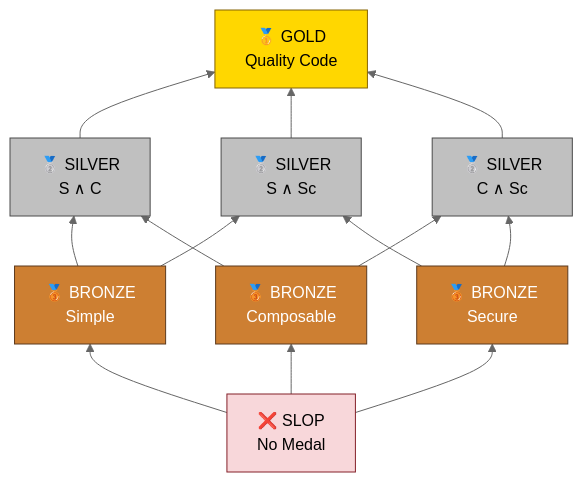
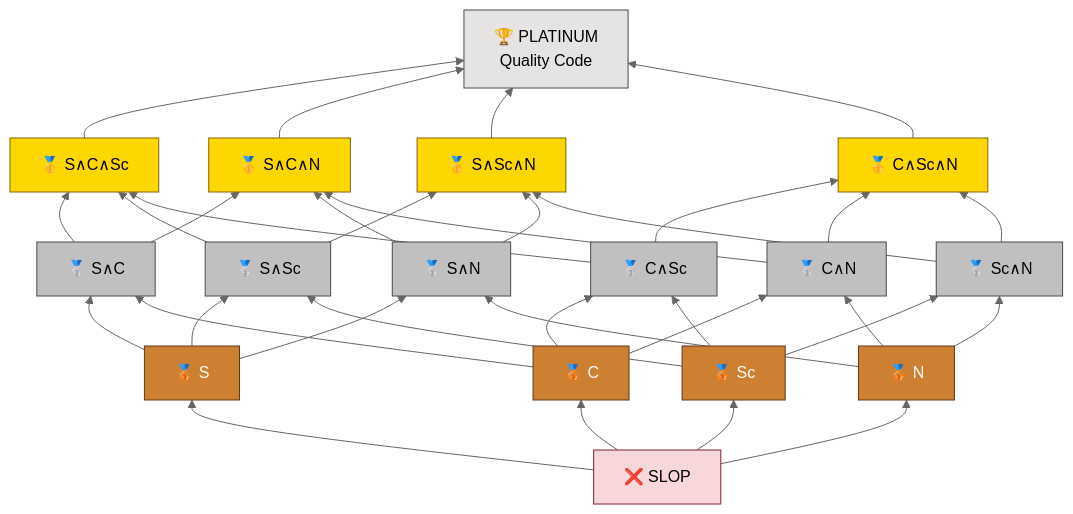
One commit to Krv-Labs/topos changed the diagram in README.md. Above: the diagram before and after it, drawn with Mermaid. The commit also changed other lines of this file and 15 other files, not shown here.

````diff
--- a/README.md
+++ b/README.md
@@ -186,38 +167,74 @@
 ```mermaid
 ---
 config:
   layout: dagre
   theme: neutral
 ---
 graph BT
-    SLOP["❌ SLOP<br/>No Medal"]
-    SIMPLE["🥉 BRONZE<br/>Simple"]
-    COMPOSABLE["🥉 BRONZE<br/>Composable"]
-    SECURE["🥉 BRONZE<br/>Secure"]
-    SC["🥈 SILVER<br/>S ∧ C"]
-    SSc["🥈 SILVER<br/>S ∧ Sc"]
-    CSc["🥈 SILVER<br/>C ∧ Sc"]
-    IDEAL["🥇 GOLD<br/>Quality Code"]
+    SLOP["❌ SLOP"]
+    S["🥉 S"]
+    C["🥉 C"]
+    Sc["🥉 Sc"]
+    N["🥉 N"]
+    SC["🥈 S∧C"]
+    SSc["🥈 S∧Sc"]
+    SN["🥈 S∧N"]
+    CSc["🥈 C∧Sc"]
+    CN["🥈 C∧N"]
+    ScN["🥈 Sc∧N"]
+    SCSc["🥇 S∧C∧Sc"]
+    SCN["🥇 S∧C∧N"]
+    SScN["🥇 S∧Sc∧N"]
+    CScN["🥇 C∧Sc∧N"]
+    IDEAL["🏆 PLATINUM<br/>Quality Code"]
 
-    SLOP --> SIMPLE
-    SLOP --> COMPOSABLE
-    SLOP --> SECURE
-    SIMPLE --> SC
-    SIMPLE --> SSc
-    COMPOSABLE --> SC
-    COMPOSABLE --> CSc
-    SECURE --> SSc
-    SECURE --> CSc
-    SC --> IDEAL
-    SSc --> IDEAL
-    CSc --> IDEAL
+    SLOP --> S
+    SLOP --> C
+    SLOP --> Sc
+    SLOP --> N
+    S --> SC
+    S --> SSc
+    S --> SN
+    C --> SC
+    C --> CSc
+    C --> CN
+    Sc --> SSc
+    Sc --> CSc
+    Sc --> ScN
+    N --> SN
+    N --> CN
+    N --> ScN
+    SC --> SCSc
+    SC --> SCN
+    SSc --> SCSc
+    SSc --> SScN
+    SN --> SCN
+    SN --> SScN
+    CSc --> SCSc
+    CSc --> CScN
+    CN --> SCN
+    CN --> CScN
+    ScN --> SScN
+    ScN --> CScN
+    SCSc --> IDEAL
+    SCN --> IDEAL
+    SScN --> IDEAL
+    CScN --> IDEAL
 
-    style SLOP       fill:#f8d7da,stroke:#842029,color:#000
-    style SIMPLE     fill:#cd7f32,stroke:#5c3a1e,color:#fff
-    style COMPOSABLE fill:#cd7f32,stroke:#5c3a1e,color:#fff
-    style SECURE     fill:#cd7f32,stroke:#5c3a1e,color:#fff
-    style SC         fill:#c0c0c0,stroke:#4a4a4a,color:#000
-    style SSc        fill:#c0c0c0,stroke:#4a4a4a,color:#000
-    style CSc        fill:#c0c0c0,stroke:#4a4a4a,color:#000
-    style IDEAL      fill:#ffd700,stroke:#856404,color:#000
+    style SLOP   fill:#f8d7da,stroke:#842029,color:#000
+    style S      fill:#cd7f32,stroke:#5c3a1e,color:#fff
+    style C      fill:#cd7f32,stroke:#5c3a1e,color:#fff
+    style Sc     fill:#cd7f32,stroke:#5c3a1e,color:#fff
+    style N      fill:#cd7f32,stroke:#5c3a1e,color:#fff
+    style SC     fill:#c0c0c0,stroke:#4a4a4a,color:#000
+    style SSc    fill:#c0c0c0,stroke:#4a4a4a,color:#000
+    style SN     fill:#c0c0c0,stroke:#4a4a4a,color:#000
+    style CSc    fill:#c0c0c0,stroke:#4a4a4a,color:#000
+    style CN     fill:#c0c0c0,stroke:#4a4a4a,color:#000
+    style ScN    fill:#c0c0c0,stroke:#4a4a4a,color:#000
+    style SCSc   fill:#ffd700,stroke:#856404,color:#000
+    style SCN    fill:#ffd700,stroke:#856404,color:#000
+    style SScN   fill:#ffd700,stroke:#856404,color:#000
+    style CScN   fill:#ffd700,stroke:#856404,color:#000
+    style IDEAL  fill:#e5e4e2,stroke:#4a4a4a,color:#000
 ```
````
